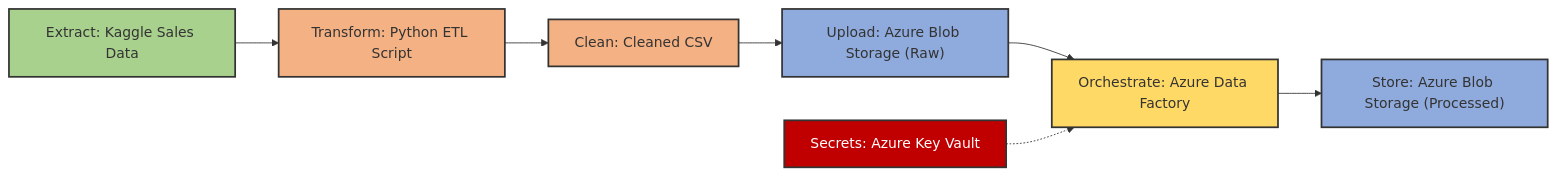
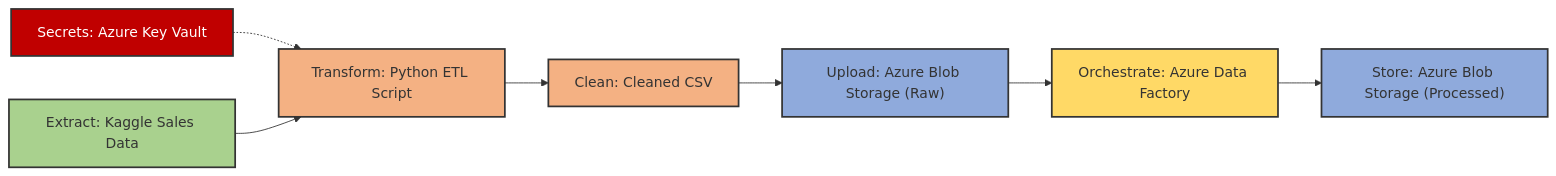
Before and after one commit to alexvidi/Azure-ETL-Project-Terraform-GitHubActions: the diagram in README.md, drawn with Mermaid. The commit also changed other lines of this file, not shown here.

````diff
--- a/README.md
+++ b/README.md
@@ -44,26 +44,26 @@
 ```mermaid
 flowchart LR
     %% Define styles for different node types
     classDef extract fill:#a9d18e,stroke:#333,stroke-width:2px;
     classDef transform fill:#f4b183,stroke:#333,stroke-width:2px;
     classDef storage fill:#8faadc,stroke:#333,stroke-width:2px;
     classDef orchestrate fill:#ffd966,stroke:#333,stroke-width:2px;
     classDef secrets fill:#c00000,stroke:#333,stroke-width:2px,color:#fff;
 
     %% Assign classes to nodes
     A[Extract: Kaggle Sales Data]:::extract
     B[Transform: Python ETL Script]:::transform
     C[Clean: Cleaned CSV]:::transform
     D["Upload: Azure Blob Storage (Raw)"]:::storage
     E["Orchestrate: Azure Data Factory"]:::orchestrate
     F["Store: Azure Blob Storage (Processed)"]:::storage
     G["Secrets: Azure Key Vault"]:::secrets
 
     %% Define the flow
+    G -.-> B  
     A --> B
     B --> C
     C --> D
     D --> E
-    G -.-> E
     E --> F
 ```
````
